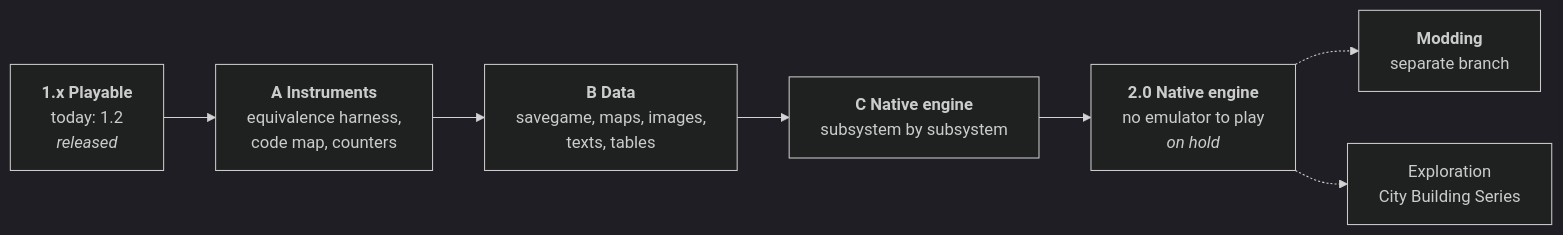
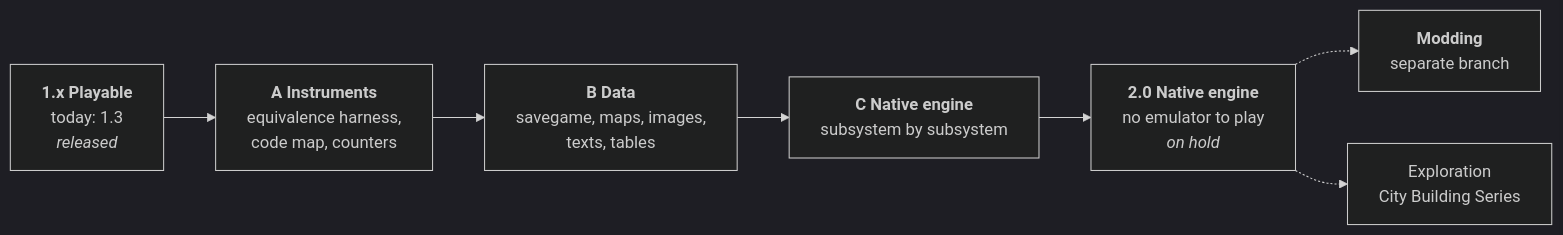
Before and after one commit to nic0lasm/zeus-poseidon-arm64: the diagram in docs/roadmap.md, drawn with Mermaid (dark theme). The commit also changed other lines of this file and 3 other files, not shown here.

````diff
--- a/docs/roadmap.md
+++ b/docs/roadmap.md
@@ -15,9 +15,9 @@
 ```mermaid
 flowchart LR
-    P["<b>1.x Playable</b><br/>today: 1.2<br/><i>released</i>"] --> A["<b>A Instruments</b><br/>equivalence harness,<br/>code map, counters"]
+    P["<b>1.x Playable</b><br/>today: 1.3<br/><i>released</i>"] --> A["<b>A Instruments</b><br/>equivalence harness,<br/>code map, counters"]
     A --> D["<b>B Data</b><br/>savegame, maps, images,<br/>texts, tables"]
     D --> C["<b>C Native engine</b><br/>subsystem by subsystem"]
     C --> N["<b>2.0 Native engine</b><br/>no emulator to play<br/><i>on hold</i>"]
     N -.-> M["<b>Modding</b><br/>separate branch"]
     N -.-> X["Exploration<br/>City Building Series"]
 ```
````
